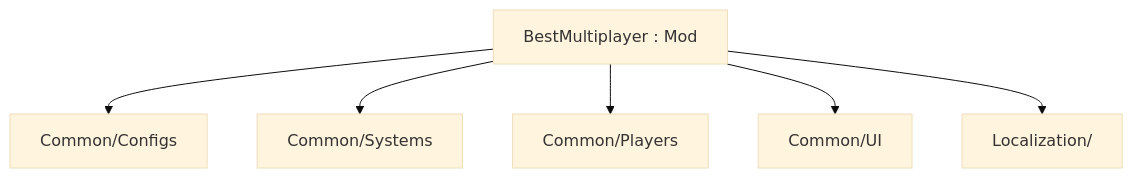
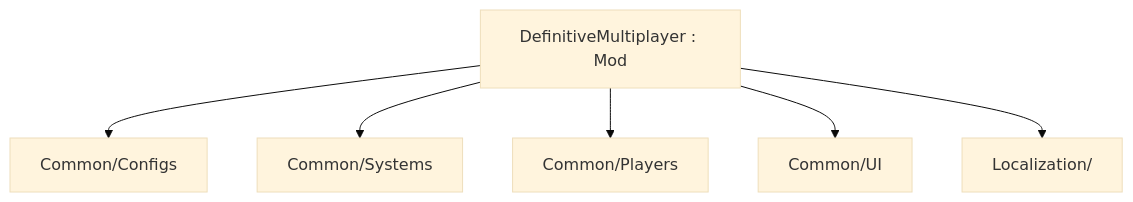
One commit to AdamPSU/BestMultiplayer changed the diagram in wiki/concepts/scaffold-conventions.md. Above: the diagram before and after it, drawn with Mermaid (base theme). The commit also changed other lines of this file and 50 other files, not shown here.

First line of the commit message:
rebrand: DefinitiveMultiplayer + official icon

````diff
--- a/wiki/concepts/scaffold-conventions.md
+++ b/wiki/concepts/scaffold-conventions.md
@@ -10,9 +10,9 @@
 ```mermaid
 flowchart TB
-  Mod["BestMultiplayer : Mod"]
+  Mod["DefinitiveMultiplayer : Mod"]
   Mod --> Configs["Common/Configs"]
   Mod --> Systems["Common/Systems"]
   Mod --> Players["Common/Players"]
   Mod --> UI["Common/UI"]
   Mod --> Loc["Localization/"]
 ```
````
